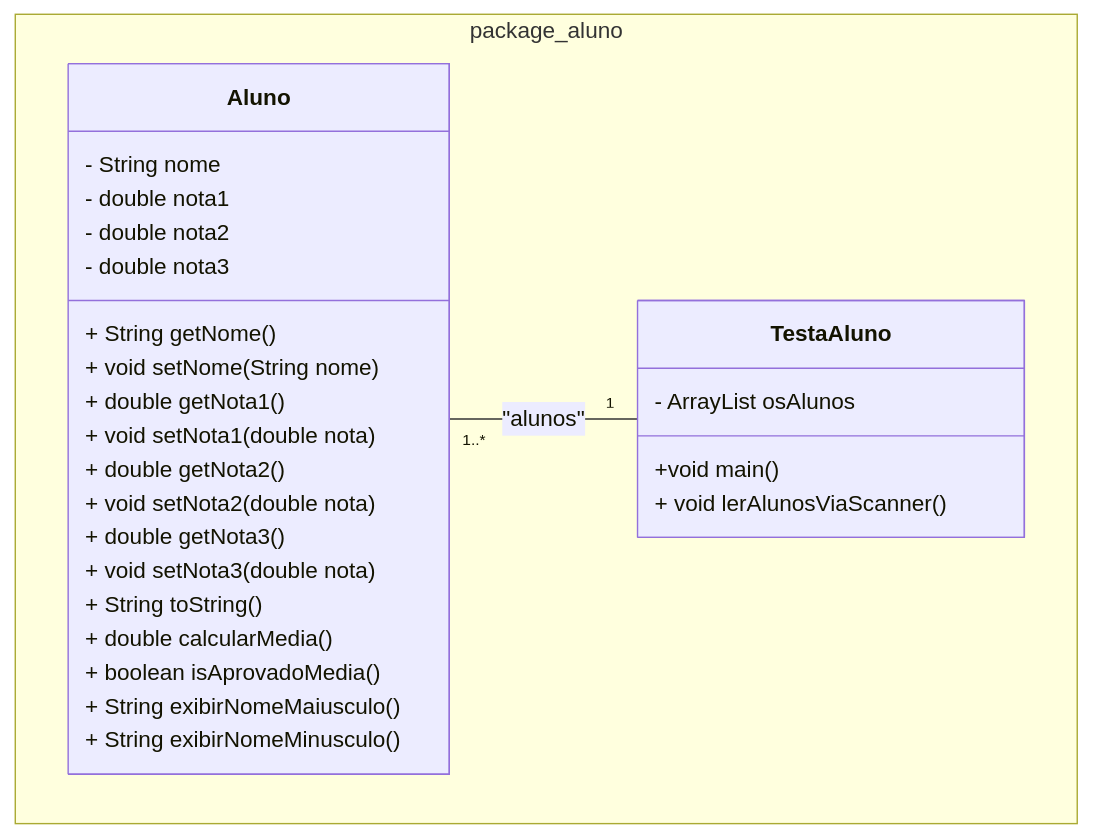
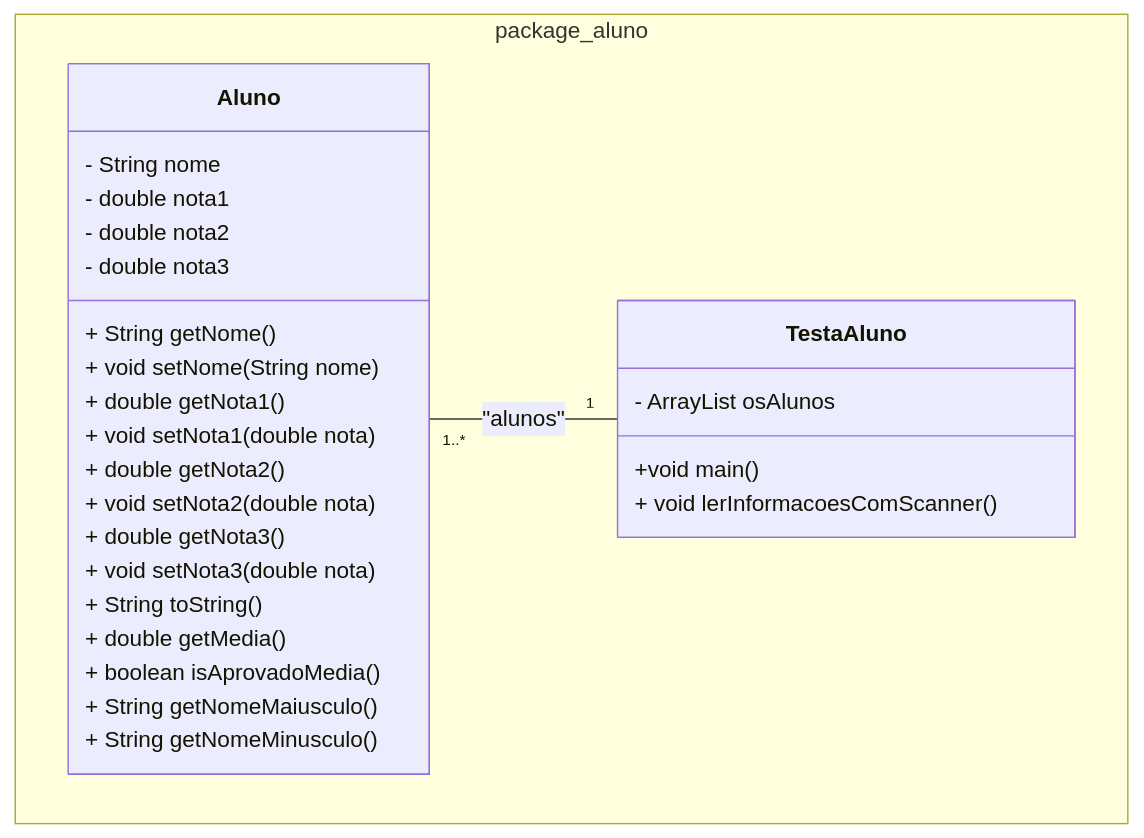
Before and after one commit to ap3ufersa/ap3_2024.3_xicoArruda: the diagram in unidade1/aula4.md, drawn with Mermaid. The commit also changed 1 other file, not shown here.

Commit message:
Atualizando aula 3 e aula 4

````diff
--- a/unidade1/aula4.md
+++ b/unidade1/aula4.md
@@ -7,31 +7,31 @@
 ```mermaid
 classDiagram
     namespace package_aluno {
         class Aluno {
             - String nome
             - double nota1
             - double nota2
             - double nota3
             + String getNome()
             + void setNome(String nome)
             + double getNota1()
             + void setNota1(double nota)
             + double getNota2()
             + void setNota2(double nota)
             + double getNota3()
             + void setNota3(double nota)
             + String toString()
-            + double calcularMedia()
+            + double getMedia()
             + boolean isAprovadoMedia()
-            + String exibirNomeMaiusculo()
-            + String exibirNomeMinusculo()
+            + String getNomeMaiusculo()
+            + String getNomeMinusculo()
         }
 
         class TestaAluno {
             +void main()
             - ArrayList<Aluno> osAlunos
-            + void lerAlunosViaScanner()
+            + void lerInformacoesComScanner()
         }
     }
     Aluno "1..*" -- "1" TestaAluno : "alunos"
 ```
````
